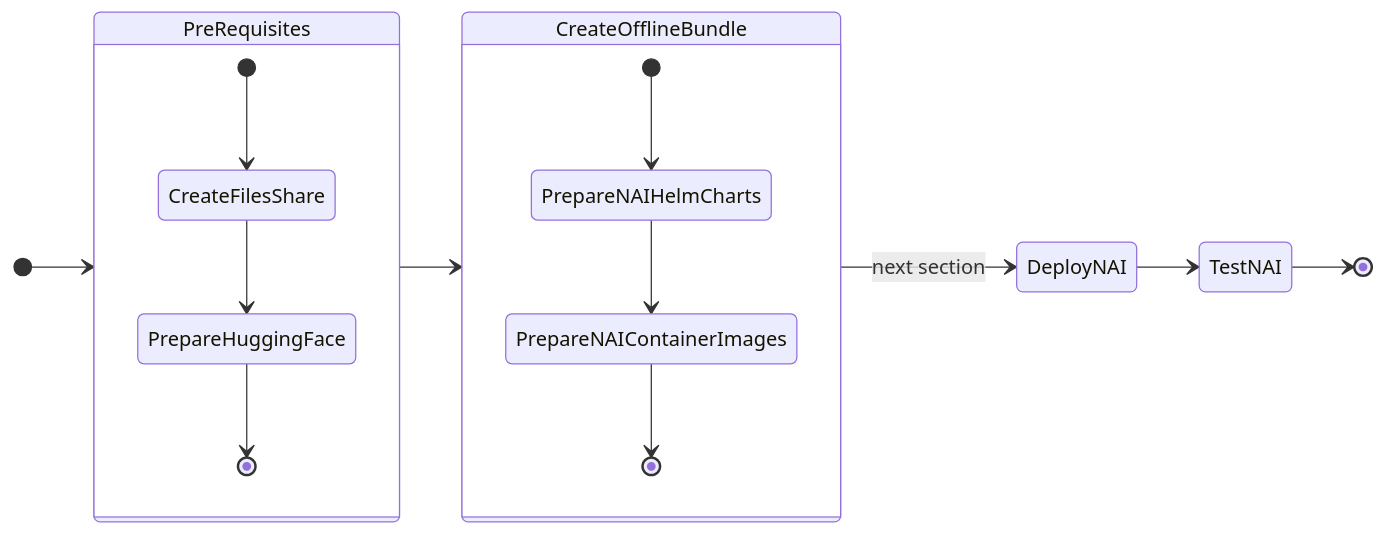
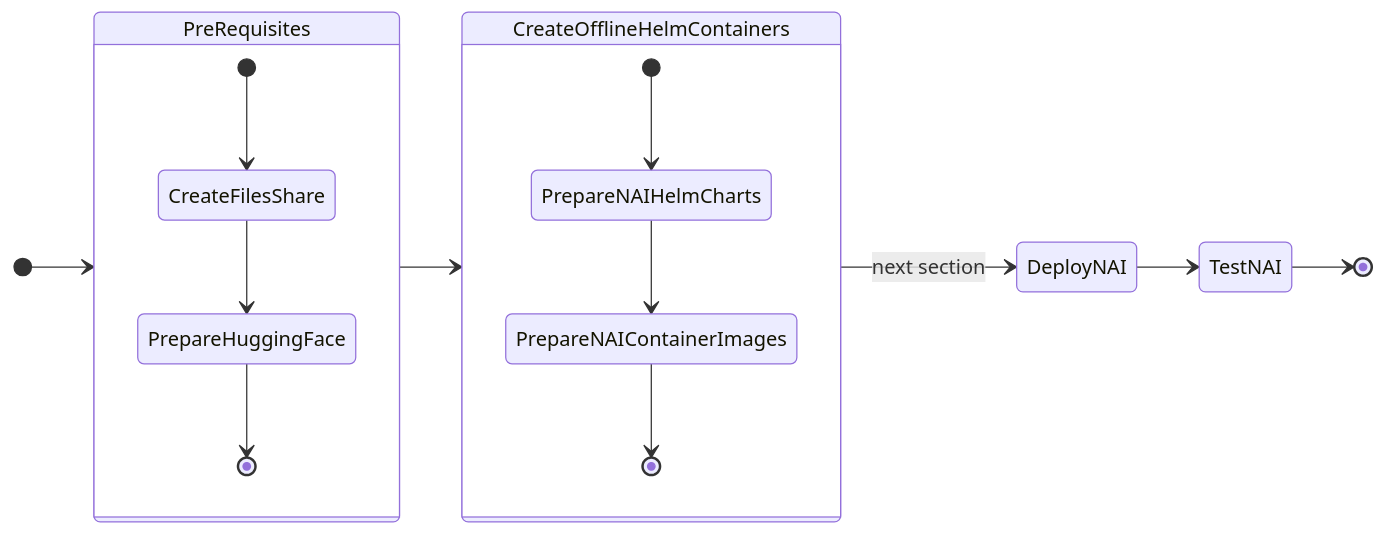
One commit to nutanix-japan/nai-llm changed the first of 2 diagrams in docs/airgap_nai/airgap_nai_pre_reqs.md. Above: the diagram before and after it, drawn with Mermaid. The commit also changed 1 other file, not shown here.

Commit message:
update: change v2.3.0 and pre-req workflow

````diff
--- a/docs/airgap_nai/airgap_nai_pre_reqs.md
+++ b/docs/airgap_nai/airgap_nai_pre_reqs.md
@@ -7,21 +7,21 @@
 ```mermaid
 stateDiagram-v2
     direction LR
 
     state PreRequisites {
         [*] --> CreateFilesShare  
         CreateFilesShare --> PrepareHuggingFace
         PrepareHuggingFace --> [*]
     }
-    state CreateOfflineBundle {
+    state CreateOfflineHelmContainers {
         [*] --> PrepareNAIHelmCharts
         PrepareNAIHelmCharts --> PrepareNAIContainerImages
         PrepareNAIContainerImages --> [*]
     }
 
     [*] --> PreRequisites
-    PreRequisites --> CreateOfflineBundle
-    CreateOfflineBundle --> DeployNAI : next section
+    PreRequisites --> CreateOfflineHelmContainers
+    CreateOfflineHelmContainers --> DeployNAI : next section
     DeployNAI --> TestNAI
     TestNAI --> [*]
 ```
````
